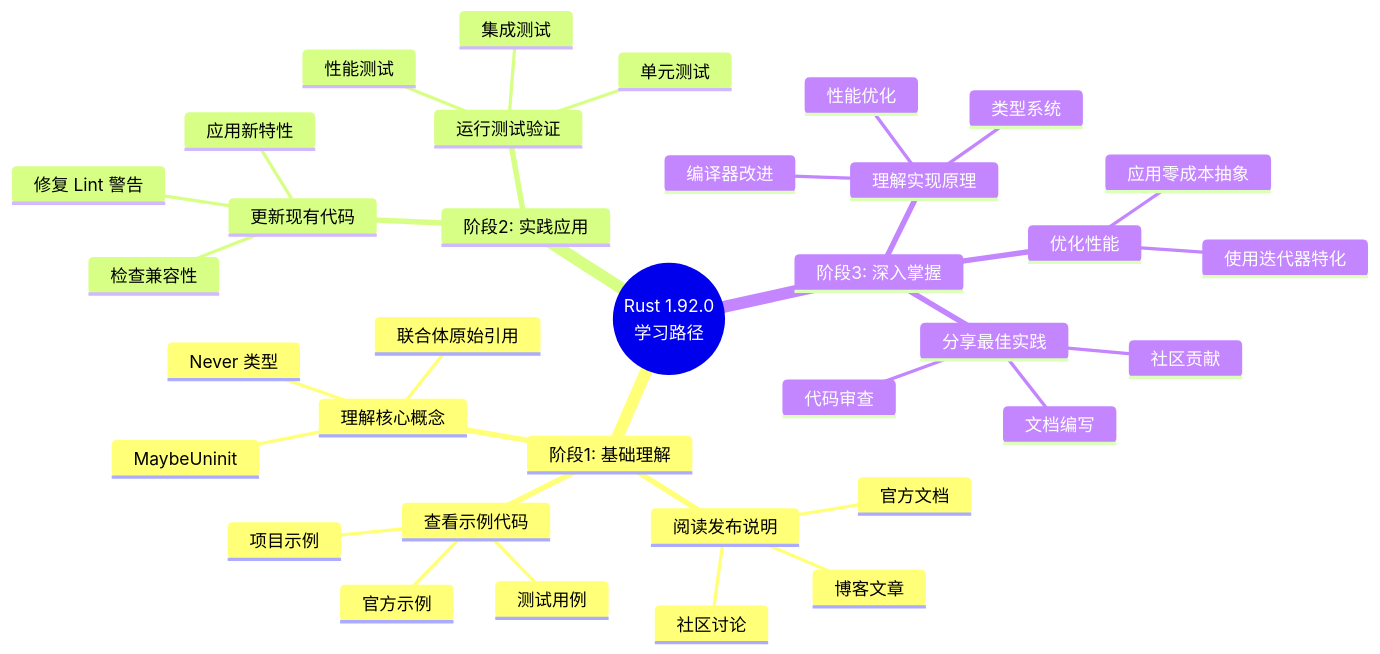
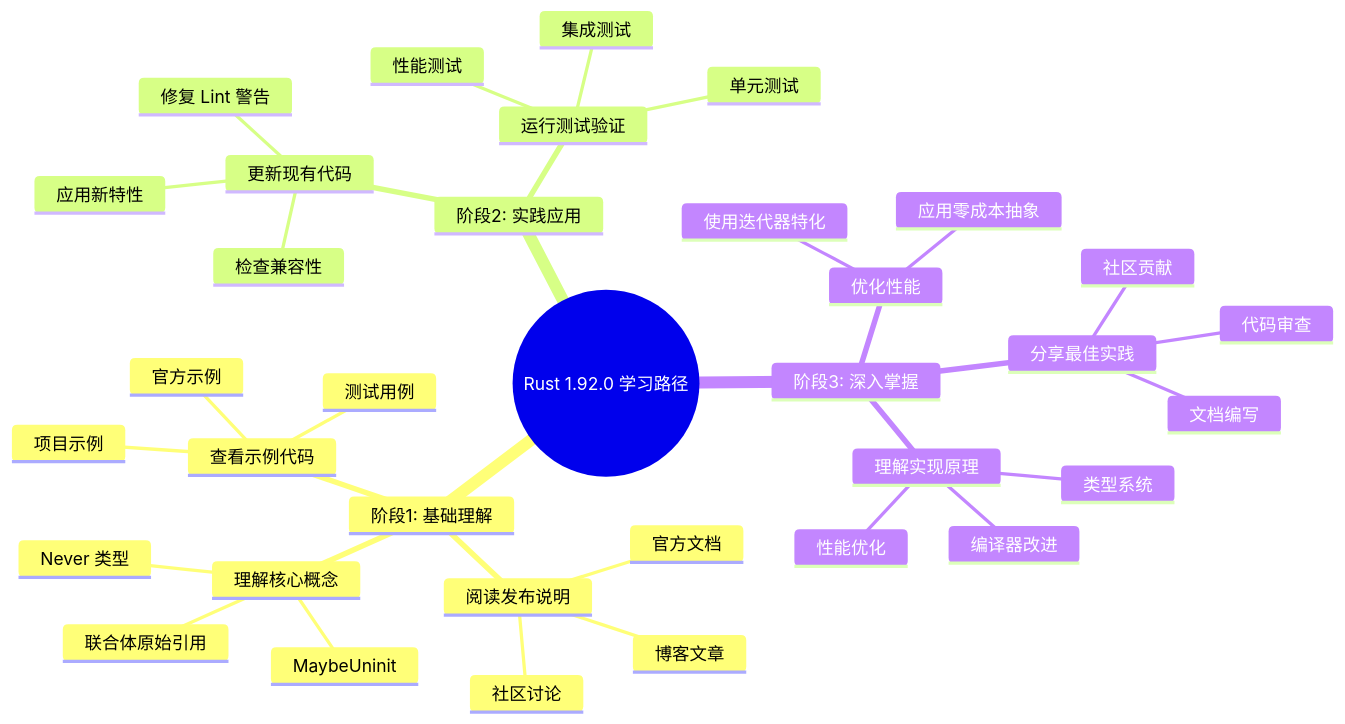
The third of 10 diagrams in docs/RUST_192_THINKING_REPRESENTATION_COMPREHENSIVE.md (martin-ly/rust-lang), drawn with Mermaid before and after one commit. The commit also changed other lines of this file and 42 other files, not shown here.

````diff
--- a/docs/RUST_192_THINKING_REPRESENTATION_COMPREHENSIVE.md
+++ b/docs/RUST_192_THINKING_REPRESENTATION_COMPREHENSIVE.md
@@ -181,38 +181,38 @@
 ```mermaid
 mindmap
-  root((Rust 1.92.0<br/>学习路径))
+  root((Rust 1.92.0 学习路径))
     阶段1: 基础理解
       阅读发布说明
         官方文档
         博客文章
         社区讨论
       理解核心概念
         MaybeUninit
         联合体原始引用
         Never 类型
       查看示例代码
         官方示例
         项目示例
         测试用例
     阶段2: 实践应用
       更新现有代码
         检查兼容性
         应用新特性
         修复 Lint 警告
       运行测试验证
         单元测试
         集成测试
         性能测试
     阶段3: 深入掌握
       理解实现原理
         编译器改进
         类型系统
         性能优化
       优化性能
         使用迭代器特化
         应用零成本抽象
       分享最佳实践
         文档编写
         代码审查
         社区贡献
 ```
````
